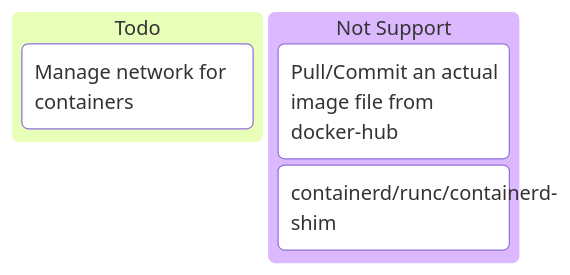
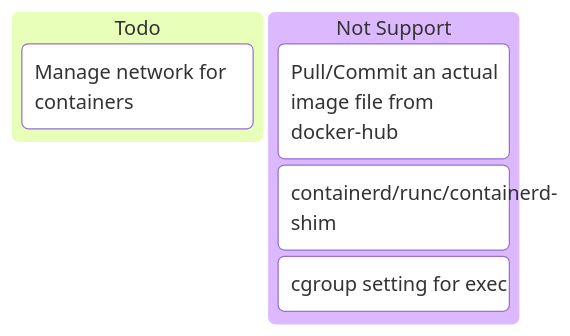
Before and after one commit to 0x822a5b87/tiny-docker: the diagram in README.md, drawn with Mermaid.

Commit message:
[main][update]add `Not Support` description

````diff
--- a/README.md
+++ b/README.md
@@ -9,13 +9,14 @@
 ```mermaid
 ---
 config:
   kanban:
     ticketBaseUrl: 'https://github.com/mermaid-js/mermaid/issues/#TICKET#'
 ---
 kanban
   Todo
     [Manage network for containers]
   [Not Support]
     [Pull/Commit an actual image file from docker-hub]
     [containerd/runc/containerd-shim]
+    [cgroup setting for exec]
 ```
````
